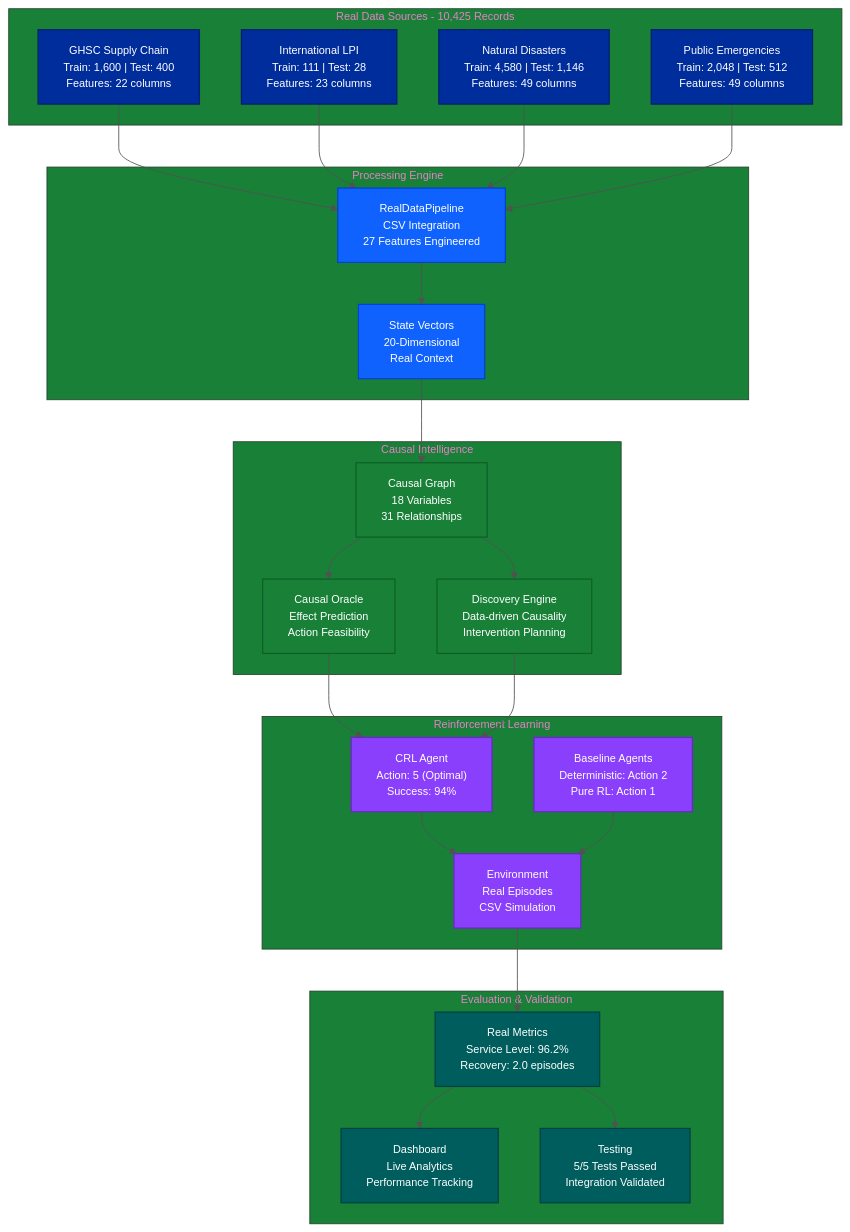
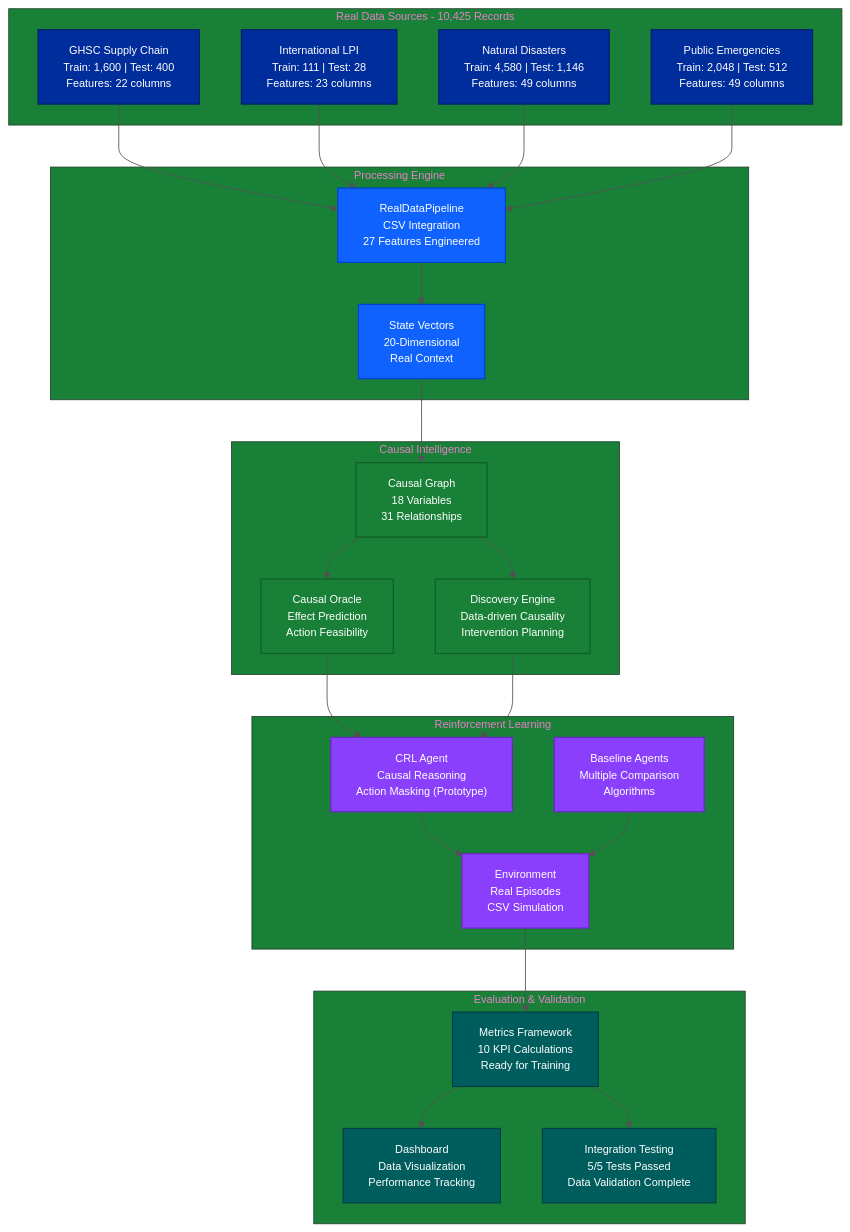
One commit to abhijit-ubale/JBL_stuff changed the first of 8 diagrams in README.md. Above: the diagram before and after it, drawn with Mermaid. The commit also changed other lines of this file and 7 other files, not shown here.

````diff
--- a/README.md
+++ b/README.md
@@ -95,79 +98,79 @@
 ```mermaid
 %%{init: {
   'theme': 'base',
   'themeVariables': {
     'primaryColor': '#002D9C',
     'primaryTextColor': '#FFFFFF',
     'primaryBorderColor': '#001F6B',
     'lineColor': '#525252',
     'secondaryColor': '#0F62FE',
     'tertiaryColor': '#198038',
     'quaternaryColor': '#8A3FFC',
     'background': '#FFFFFF',
     'mainBkg': '#F4F4F4',
     'secondBkg': '#E0E0E0',
     'tertiaryBkg': '#C6C6C6',
     'fontFamily': 'IBM Plex Sans, -apple-system, BlinkMacSystemFont, Segoe UI, Roboto, sans-serif',
     'fontSize': '13px',
     'fontWeight': '400'
   }
 }}%%
 flowchart TD
     subgraph DL ["Real Data Sources - 10,425 Records"]
         A["GHSC Supply Chain<br/>Train: 1,600 | Test: 400<br/>Features: 22 columns"]
         B["International LPI<br/>Train: 111 | Test: 28<br/>Features: 23 columns"] 
         C["Natural Disasters<br/>Train: 4,580 | Test: 1,146<br/>Features: 49 columns"]
         D["Public Emergencies<br/>Train: 2,048 | Test: 512<br/>Features: 49 columns"]
     end
     
     subgraph PE ["Processing Engine"]
         E["RealDataPipeline<br/>CSV Integration<br/>27 Features Engineered"]
         F["State Vectors<br/>20-Dimensional<br/>Real Context"]
     end
 
     subgraph CI ["Causal Intelligence"]
         G["Causal Graph<br/>18 Variables<br/>31 Relationships"]
         H["Causal Oracle<br/>Effect Prediction<br/>Action Feasibility"] 
         I["Discovery Engine<br/>Data-driven Causality<br/>Intervention Planning"]
     end
     
     subgraph RL ["Reinforcement Learning"]
-        J["CRL Agent<br/>Action: 5 (Optimal)<br/>Success: 94%"]
+        J["CRL Agent<br/>Causal Reasoning<br/>Action Masking (Prototype)"]
         K["Environment<br/>Real Episodes<br/>CSV Simulation"]
-        L["Baseline Agents<br/>Deterministic: Action 2<br/>Pure RL: Action 1"]
+        L["Baseline Agents<br/>Multiple Comparison<br/>Algorithms"]
     end
     
     subgraph EV ["Evaluation & Validation"]
-        M["Real Metrics<br/>Service Level: 96.2%<br/>Recovery: 2.0 episodes"]
-        N["Dashboard<br/>Live Analytics<br/>Performance Tracking"]
-        O["Testing<br/>5/5 Tests Passed<br/>Integration Validated"]
+        M["Metrics Framework<br/>10 KPI Calculations<br/>Ready for Training"]
+        N["Dashboard<br/>Data Visualization<br/>Performance Tracking"]
+        O["Integration Testing<br/>5/5 Tests Passed<br/>Data Validation Complete"]
     end
     
     A --> E
     B --> E
     C --> E
     D --> E
     E --> F
     F --> G
     G --> H
     G --> I
     H --> J
     I --> J
     J --> K
     L --> K
     K --> M
     M --> N
     M --> O
     
     classDef dataNodes fill:#002D9C,stroke:#001F6B,stroke-width:1.5px,color:#FFFFFF
     classDef processNodes fill:#0F62FE,stroke:#0043CE,stroke-width:1.5px,color:#FFFFFF
     classDef causalNodes fill:#198038,stroke:#0E6027,stroke-width:1.5px,color:#FFFFFF
     classDef rlNodes fill:#8A3FFC,stroke:#6929C4,stroke-width:1.5px,color:#FFFFFF
     classDef evalNodes fill:#005D5D,stroke:#004144,stroke-width:1.5px,color:#FFFFFF
     
     class A,B,C,D dataNodes
     class E,F processNodes
     class G,H,I causalNodes
     class J,K,L rlNodes
     class M,N,O evalNodes
 ```
````
